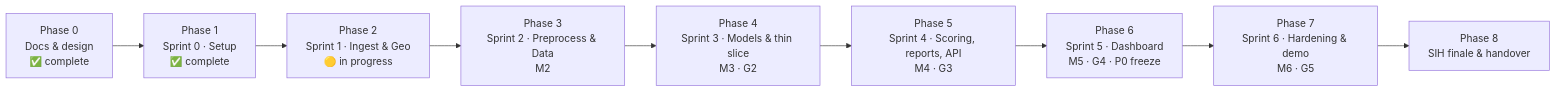
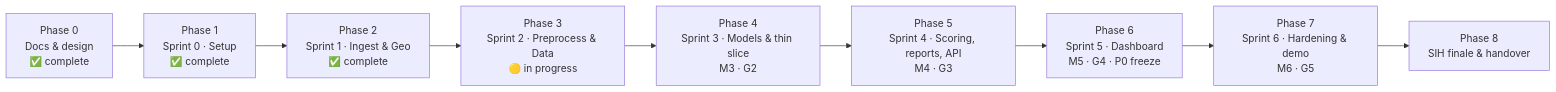
Before and after one commit to Kalyan14s/sonarsentinel: the diagram in TODO.md, drawn with Mermaid. The commit also changed other lines of this file and 17 other files, not shown here.

````diff
--- a/TODO.md
+++ b/TODO.md
@@ -18,11 +18,11 @@
 ```mermaid
 flowchart LR
     P0["Phase 0<br/>Docs & design<br/>✅ complete"] --> P1["Phase 1<br/>Sprint 0 · Setup<br/>✅ complete"]
-    P1 --> P2["Phase 2<br/>Sprint 1 · Ingest & Geo<br/>🟡 in progress"]
-    P2 --> P3["Phase 3<br/>Sprint 2 · Preprocess & Data<br/>M2"]
+    P1 --> P2["Phase 2<br/>Sprint 1 · Ingest & Geo<br/>✅ complete"]
+    P2 --> P3["Phase 3<br/>Sprint 2 · Preprocess & Data<br/>🟡 in progress"]
     P3 --> P4["Phase 4<br/>Sprint 3 · Models & thin slice<br/>M3 · G2"]
     P4 --> P5["Phase 5<br/>Sprint 4 · Scoring, reports, API<br/>M4 · G3"]
     P5 --> P6["Phase 6<br/>Sprint 5 · Dashboard<br/>M5 · G4 · P0 freeze"]
     P6 --> P7["Phase 7<br/>Sprint 6 · Hardening & demo<br/>M6 · G5"]
     P7 --> P8["Phase 8<br/>SIH finale & handover"]
 ```
````
